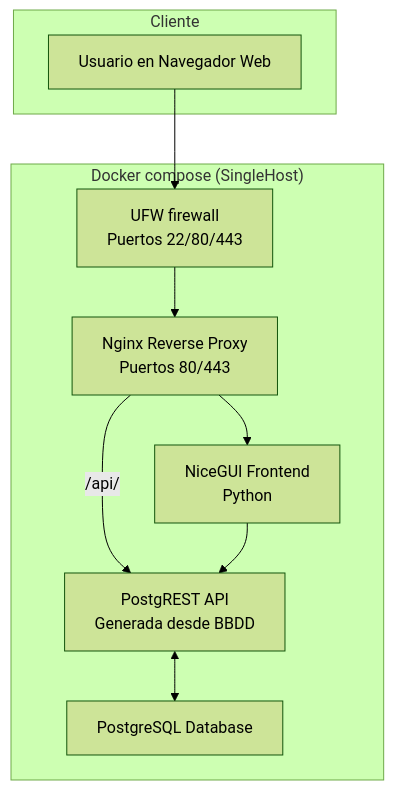
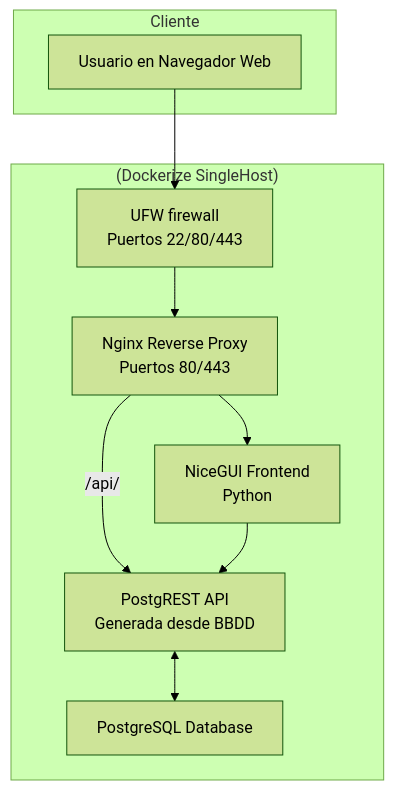
One commit to maiktreya/tenantsUnion changed the diagram in readme.md. Above: the diagram before and after it, drawn with Mermaid (forest theme).

````diff
--- a/readme.md
+++ b/readme.md
@@ -12,21 +12,21 @@
 ```mermaid
 graph TD
     subgraph "Cliente"
         A[Usuario en Navegador Web]
     end
 
-    subgraph "Docker compose (SingleHost)"
+    subgraph "(Dockerize SingleHost)"
         B[UFW firewall <br> Puertos 22/80/443]
         C[Nginx Reverse Proxy <br> Puertos 80/443]
         D[NiceGUI Frontend <br> Python]
         E[PostgREST API <br> Generada desde BBDD]
         F[PostgreSQL Database]
     end
 
     A --> B
     B --> C
     C --> D
     C --"/api/"--> E
     D --> E
     E <--> F
 ```
````
